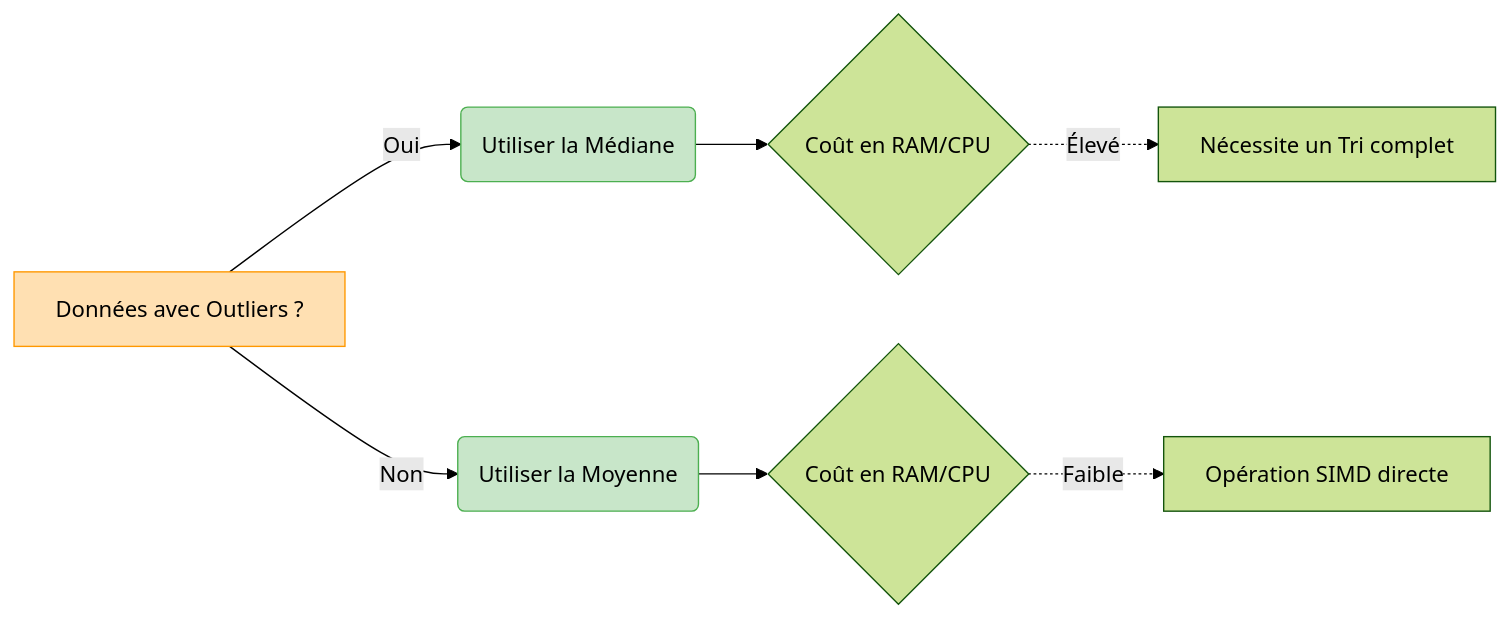
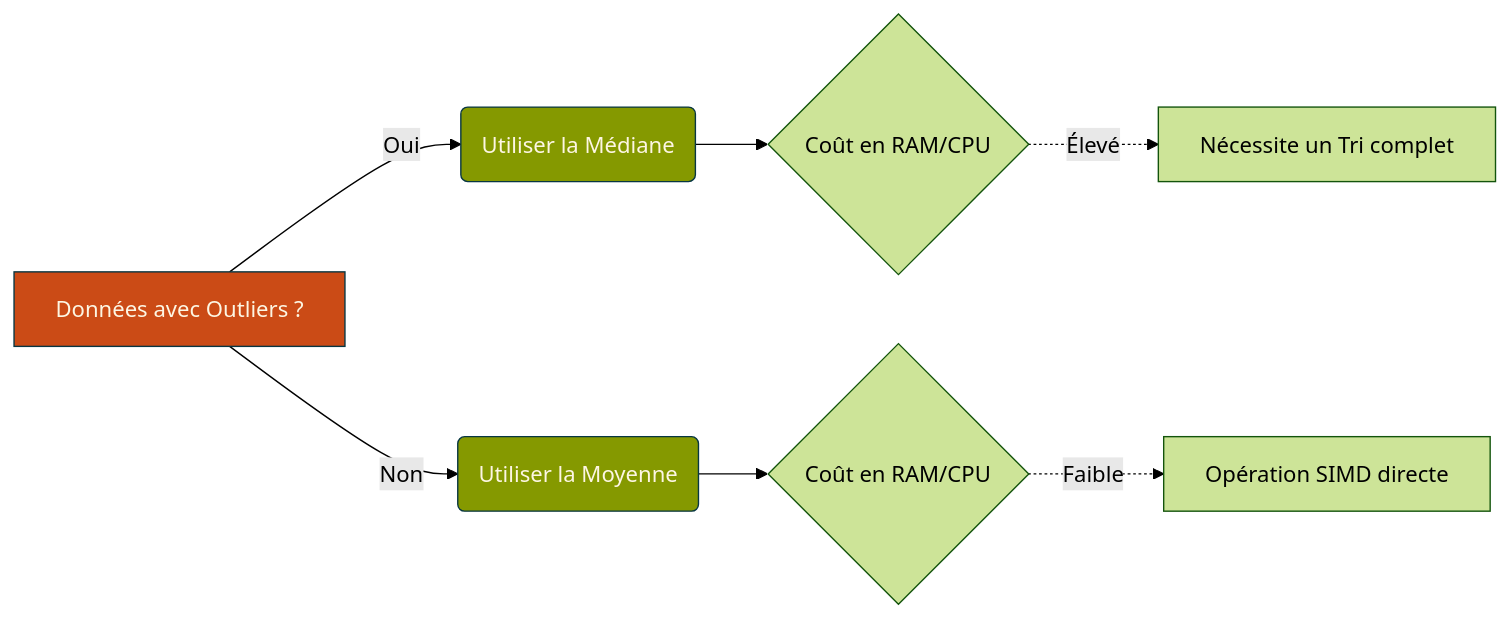
One commit to aptitek/aptispace-datascience changed the diagram in cours/3_eda/_31_statistiques_descriptives.qmd. Above: the diagram before and after it, drawn with Mermaid (forest theme). The commit also changed 35 other files, not shown here.

````diff
--- a/cours/3_eda/_31_statistiques_descriptives.qmd
+++ b/cours/3_eda/_31_statistiques_descriptives.qmd
@@ -37,16 +37,16 @@
 ```{mermaid}
 flowchart LR
     A[Données avec Outliers ?] -->|Oui| B(Utiliser la Médiane)
     A -->|Non| C(Utiliser la Moyenne)
     
     B --> D{Coût en RAM/CPU}
     D -.->|Élevé| E[Nécessite un Tri complet]
     
     C --> F{Coût en RAM/CPU}
     F -.->|Faible| G[Opération SIMD directe]
     
-    style A fill:#ffe0b2,stroke:#ff9800
-    style B fill:#c8e6c9,stroke:#4caf50
-    style C fill:#c8e6c9,stroke:#4caf50
+    style A fill:#cb4b16,stroke:#073642,color:#fdf6e3
+    style B fill:#859900,stroke:#073642,color:#fdf6e3
+    style C fill:#859900,stroke:#073642,color:#fdf6e3
 
 ```
````
